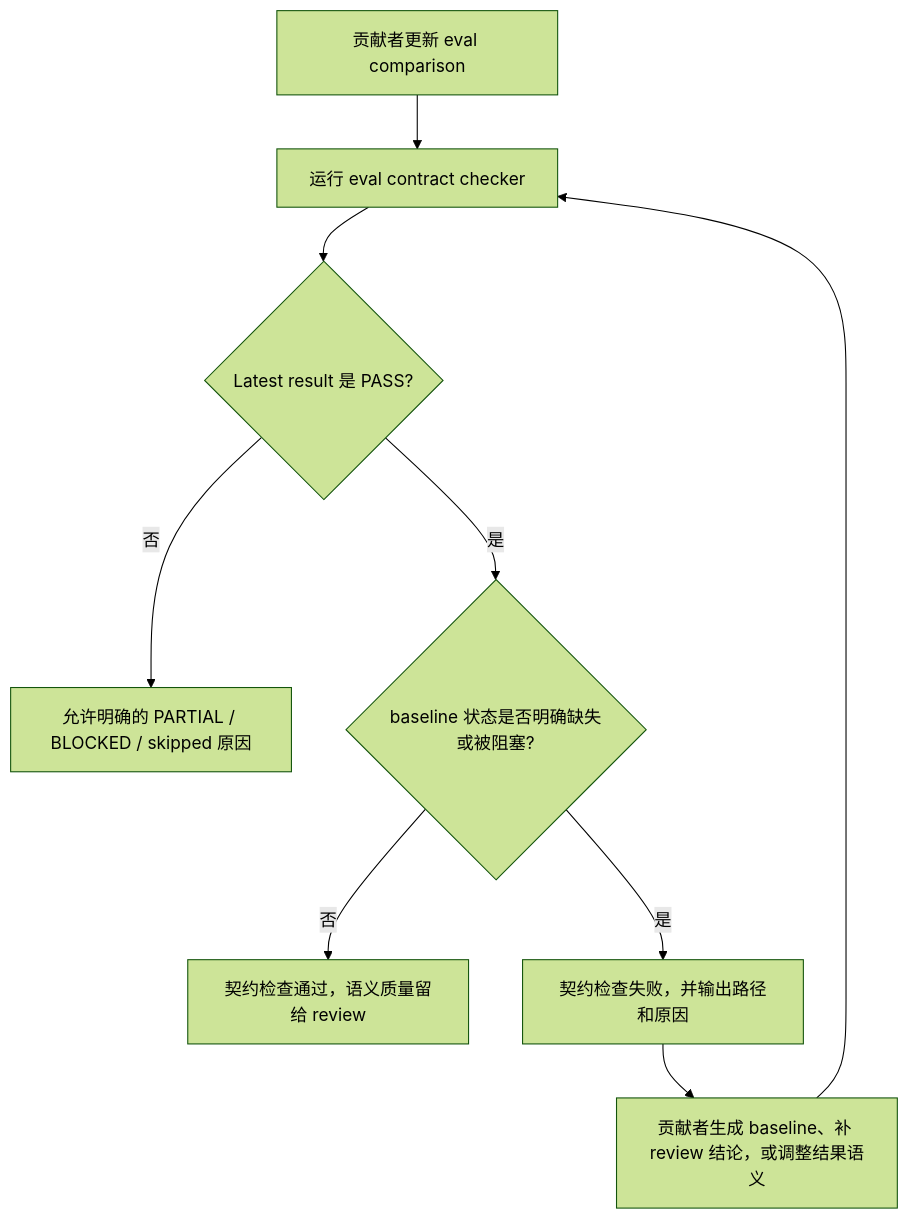
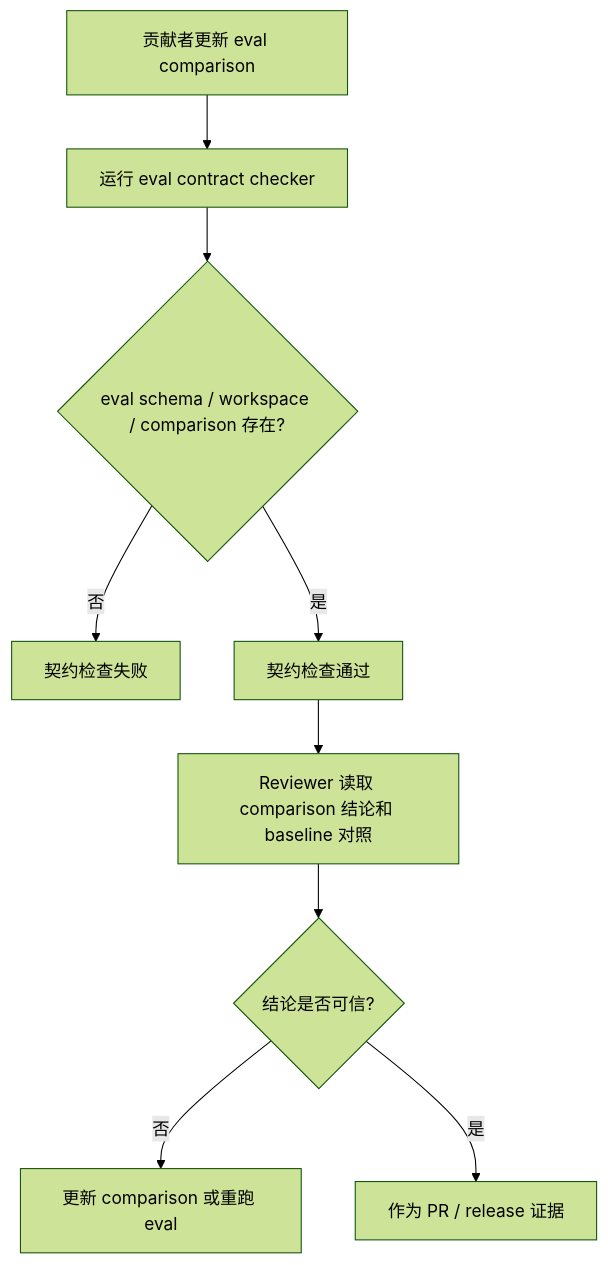
One commit to Neplich/dev-agent-skills changed the diagram in docs/pm/eval-baseline-evidence-contract/PRD.md. Above: the diagram before and after it, drawn with Mermaid (forest theme). The commit also changed other lines of this file and 14 other files, not shown here.

````diff
--- a/docs/pm/eval-baseline-evidence-contract/PRD.md
+++ b/docs/pm/eval-baseline-evidence-contract/PRD.md
@@ -111,11 +107,11 @@
 ```mermaid
 flowchart TD
     A["贡献者更新 eval comparison"] --> B["运行 eval contract checker"]
-    B --> C{"Latest result 是 PASS?"}
-    C -->|否| D["允许明确的 PARTIAL / BLOCKED / skipped 原因"]
-    C -->|是| E{"baseline 状态是否明确缺失或被阻塞?"}
-    E -->|否| F["契约检查通过，语义质量留给 review"]
-    E -->|是| G["契约检查失败，并输出路径和原因"]
-    G --> H["贡献者生成 baseline、补 review 结论，或调整结果语义"]
-    H --> B
+    B --> C{"eval schema / workspace / comparison 存在?"}
+    C -->|否| D["契约检查失败"]
+    C -->|是| E["契约检查通过"]
+    E --> F["Reviewer 读取 comparison 结论和 baseline 对照"]
+    F --> G{"结论是否可信?"}
+    G -->|否| H["更新 comparison 或重跑 eval"]
+    G -->|是| I["作为 PR / release 证据"]
 ```
````
